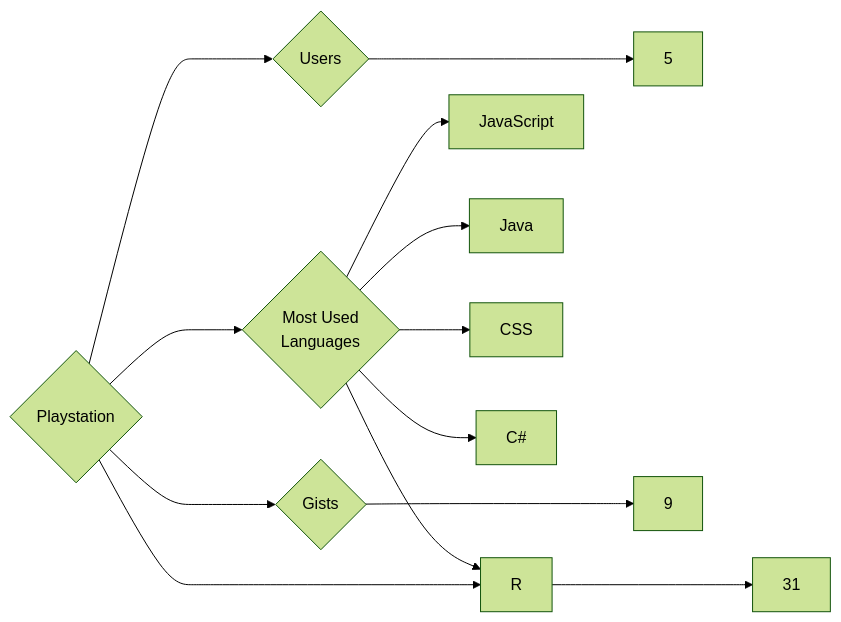
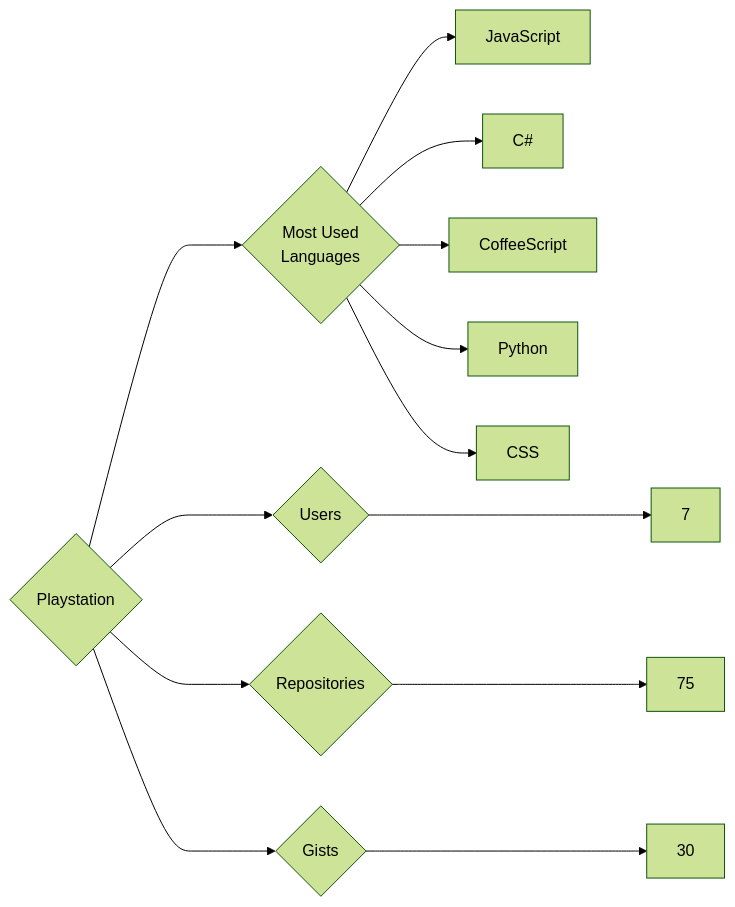
Before and after one commit to trickest/insiders: the diagram in targets/Playstation/README.md, drawn with Mermaid (forest theme). The commit also changed 964 other files, not shown here.

````diff
--- a/targets/Playstation/README.md
+++ b/targets/Playstation/README.md
@@ -3,13 +3,13 @@
 ```mermaid
 graph LR
 COMPANY_NAME{Playstation}
-COMPANY_NAME ---> U{Users} ---> UN[5]
-COMPANY_NAME ---> R{Repositories} ---> RN[31]
-COMPANY_NAME ---> G{Gists} ---> GN[9]
+COMPANY_NAME ---> U{Users} ---> UN[7]
+COMPANY_NAME ---> R{Repositories} ---> RN[75]
+COMPANY_NAME ---> G{Gists} ---> GN[30]
 COMPANY_NAME ---> ML{Most Used<br>Languages}
 ML --> JavaScript[JavaScript]
-ML --> R[R]
-ML --> Java[Java]
+ML --> C#[C#]
+ML --> CoffeeScript[CoffeeScript]
+ML --> Python[Python]
 ML --> CSS[CSS]
-ML --> C#[C#]
 ```
````
